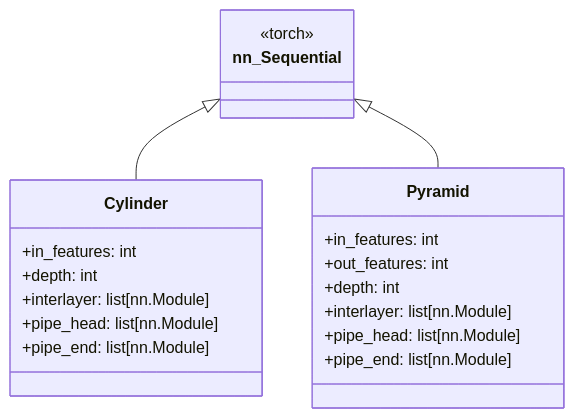
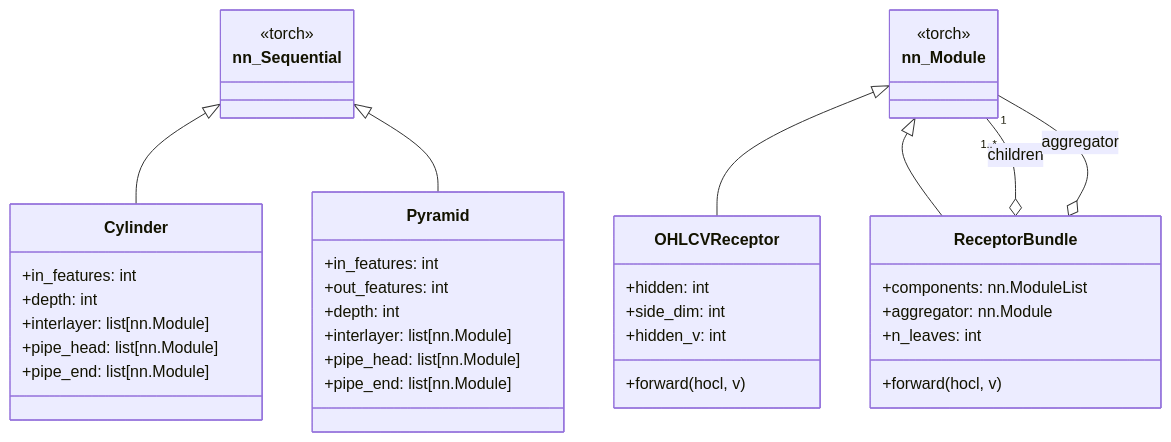
Before and after one commit to gatesplan/nnpipeline: the first of 2 diagrams in Architecture.md, drawn with Mermaid. The commit also changed other lines of this file and 8 other files, not shown here.

First line of the commit message:
ReceptorBundle 추가 (multi-resolution composite 컨테이너)

````diff
--- a/Architecture.md
+++ b/Architecture.md
@@ -11,26 +15,47 @@
 ```mermaid
 classDiagram
     class nn_Sequential {
+        <<torch>>
+    }
+    class nn_Module {
         <<torch>>
     }
 
     class Cylinder {
         +in_features: int
         +depth: int
         +interlayer: list[nn.Module]
         +pipe_head: list[nn.Module]
         +pipe_end: list[nn.Module]
     }
 
     class Pyramid {
         +in_features: int
         +out_features: int
         +depth: int
         +interlayer: list[nn.Module]
         +pipe_head: list[nn.Module]
         +pipe_end: list[nn.Module]
     }
 
+    class OHLCVReceptor {
+        +hidden: int
+        +side_dim: int
+        +hidden_v: int
+        +forward(hocl, v)
+    }
+
+    class ReceptorBundle {
+        +components: nn.ModuleList
+        +aggregator: nn.Module
+        +n_leaves: int
+        +forward(hocl, v)
+    }
+
     nn_Sequential <|-- Cylinder
     nn_Sequential <|-- Pyramid
+    nn_Module <|-- OHLCVReceptor
+    nn_Module <|-- ReceptorBundle
+    ReceptorBundle o-- "1..*" nn_Module : children
+    ReceptorBundle o-- "1" nn_Module : aggregator
 ```
````
